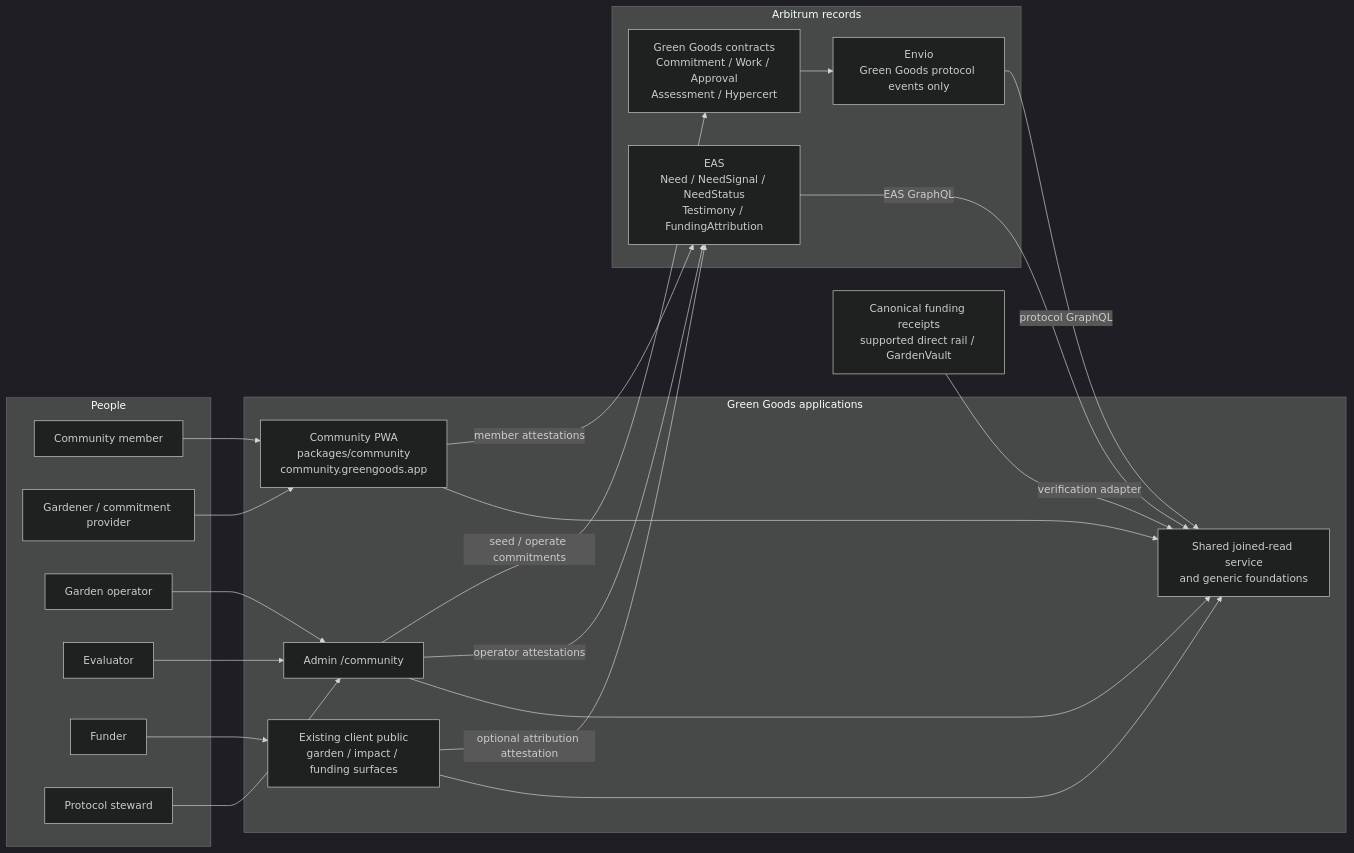
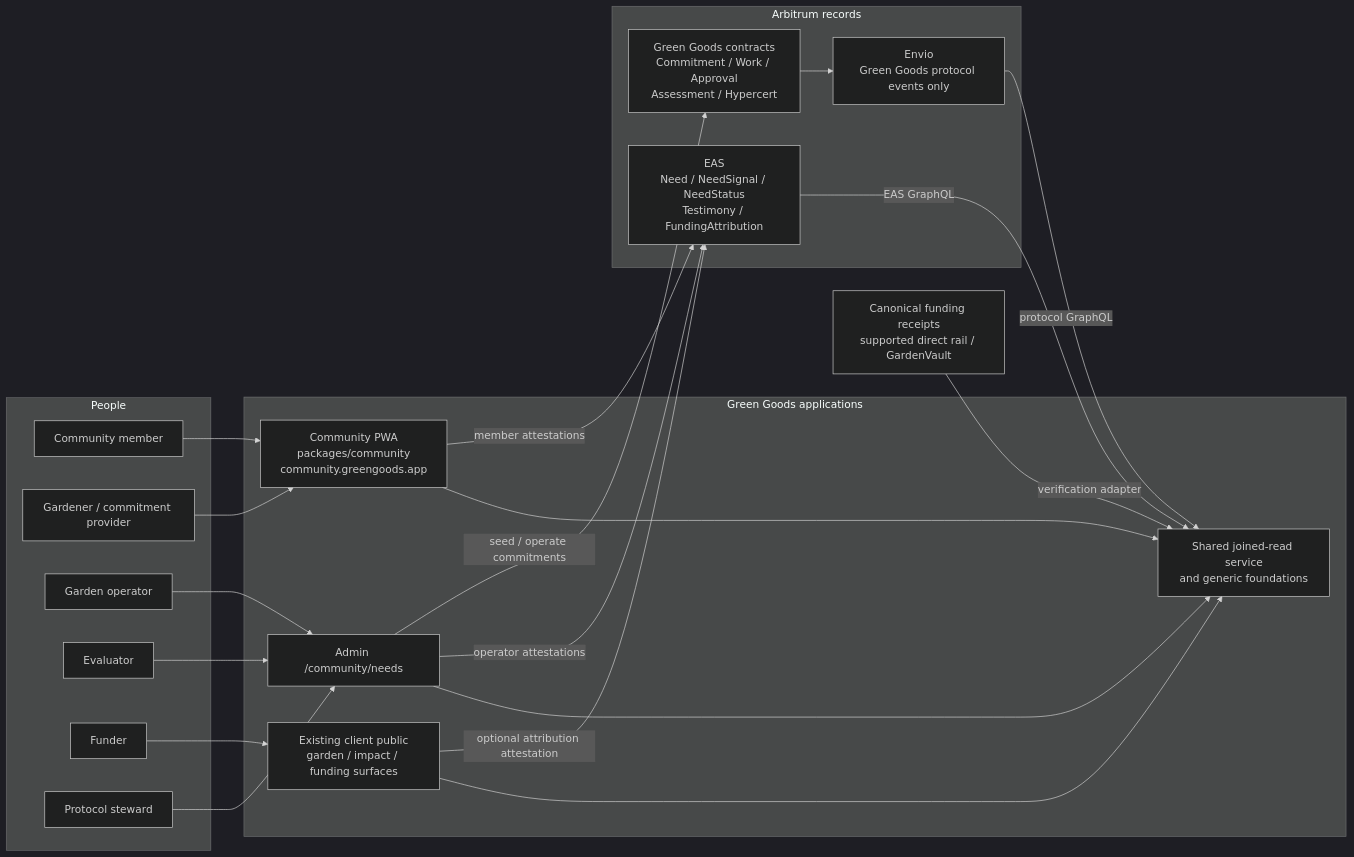
One commit to greenpill-dev-guild/green-goods changed the first of 14 diagrams in .plans/active/community-interface/diagrams.md. Above: the diagram before and after it, drawn with Mermaid (dark theme). The commit also changed other lines of this file and 35 other files, not shown here.

Commit message:
refactor(shared,client): streamline cross-package application flows

````diff
--- a/.plans/active/community-interface/diagrams.md
+++ b/.plans/active/community-interface/diagrams.md
@@ -28,45 +29,45 @@
 ```mermaid
 flowchart LR
   subgraph PEOPLE["People"]
     MEMBER["Community member"]
     PROVIDER["Gardener / commitment provider"]
     OPERATOR["Garden operator"]
     EVALUATOR["Evaluator"]
     FUNDER["Funder"]
     STEWARD["Protocol steward"]
   end
 
   subgraph APPS["Green Goods applications"]
     COMMUNITY["Community PWA<br/>packages/community<br/>community.greengoods.app"]
-    ADMIN["Admin /community"]
+    ADMIN["Admin /community/needs"]
     CLIENT["Existing client public<br/>garden / impact / funding surfaces"]
     SHARED["Shared joined-read service<br/>and generic foundations"]
   end
 
   subgraph ARB["Arbitrum records"]
     EAS["EAS<br/>Need / NeedSignal / NeedStatus<br/>Testimony / FundingAttribution"]
     PROTOCOL["Green Goods contracts<br/>Commitment / Work / Approval<br/>Assessment / Hypercert"]
     ENVIO["Envio<br/>Green Goods protocol events only"]
   end
 
   RECEIPTS["Canonical funding receipts<br/>supported direct rail / GardenVault"]
 
   MEMBER --> COMMUNITY
   PROVIDER --> COMMUNITY
   OPERATOR --> ADMIN
   EVALUATOR --> ADMIN
   FUNDER --> CLIENT
   STEWARD --> ADMIN
 
   COMMUNITY --> SHARED
   ADMIN --> SHARED
   CLIENT --> SHARED
   COMMUNITY -->|"member attestations"| EAS
   ADMIN -->|"operator attestations"| EAS
   CLIENT -->|"optional attribution attestation"| EAS
   ADMIN -->|"seed / operate commitments"| PROTOCOL
   PROTOCOL --> ENVIO
   EAS -->|"EAS GraphQL"| SHARED
   ENVIO -->|"protocol GraphQL"| SHARED
   RECEIPTS -->|"verification adapter"| SHARED
 ```
````
